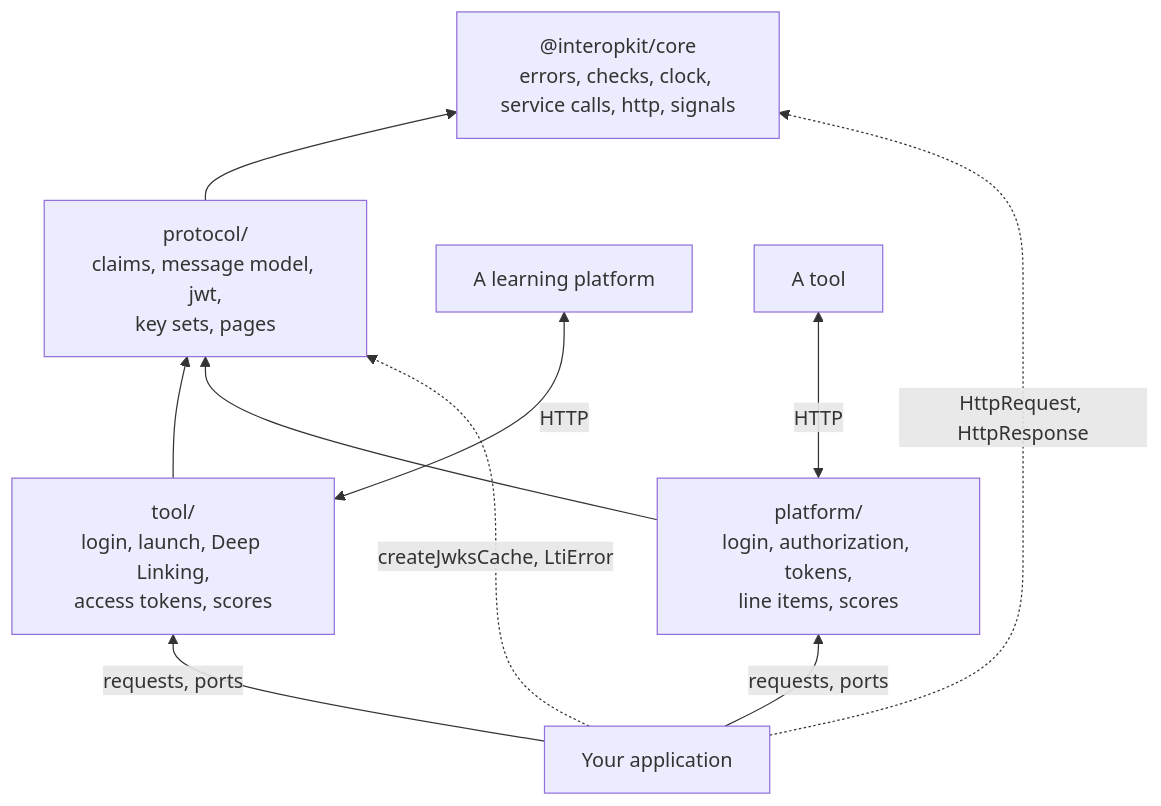
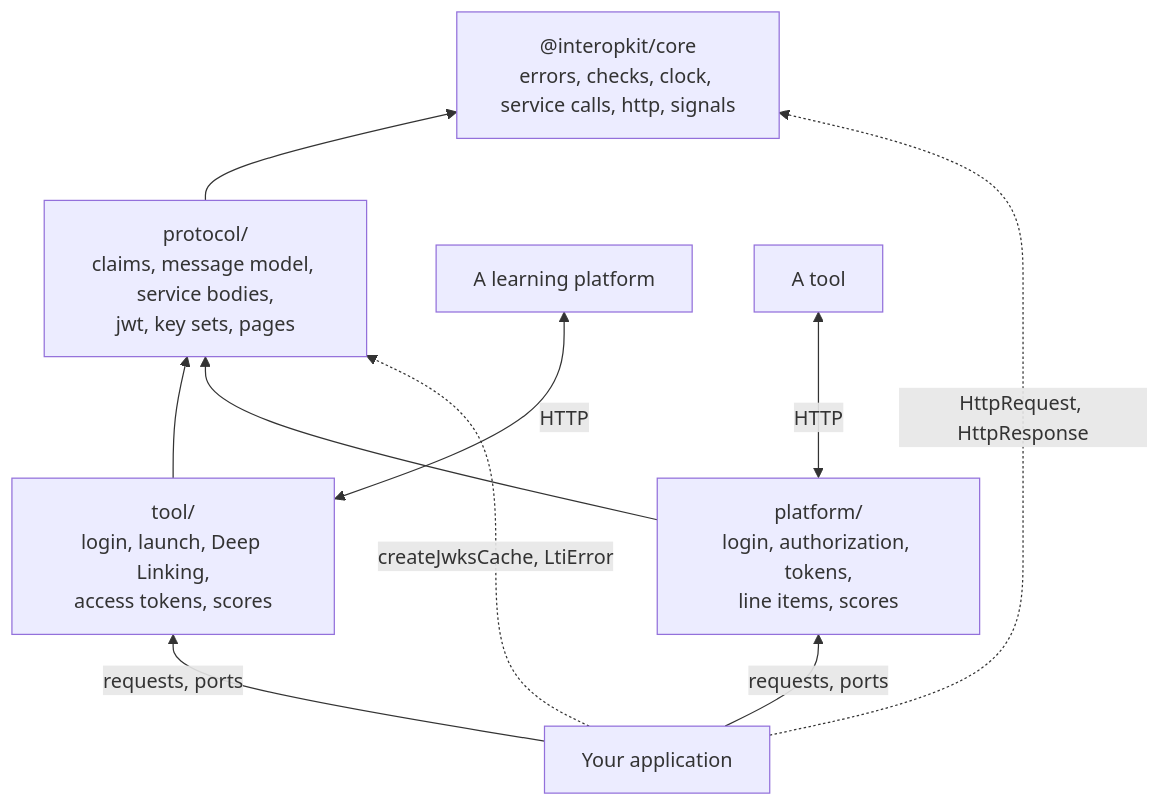
One commit to interopkit/interopkit changed the diagram in docs/tool-integration/architecture.md. Above: the diagram before and after it, drawn with Mermaid. The commit also changed other lines of this file and 65 other files, not shown here.

````diff
--- a/docs/tool-integration/architecture.md
+++ b/docs/tool-integration/architecture.md
@@ -6,17 +6,17 @@
 ```mermaid
 flowchart BT
   core["@interopkit/core<br/>errors, checks, clock, service calls, http, signals"]
-  proto["protocol/<br/>claims, message model, jwt,<br/>key sets, pages"]
+  proto["protocol/<br/>claims, message model, service bodies,<br/>jwt, key sets, pages"]
   tool["tool/<br/>login, launch, Deep Linking,<br/>access tokens, scores"]
   platformRole["platform/<br/>login, authorization, tokens,<br/>line items, scores"]
   host["Your application"]
   proto --> core
   tool --> proto
   platformRole --> proto
   host -->|"requests, ports"| tool
   host -->|"requests, ports"| platformRole
   host -.->|"HttpRequest, HttpResponse"| core
   host -.->|"createJwksCache, LtiError"| proto
   tool <-->|"HTTP"| platform["A learning platform"]
   platformRole <-->|"HTTP"| tools["A tool"]
 ```
````
